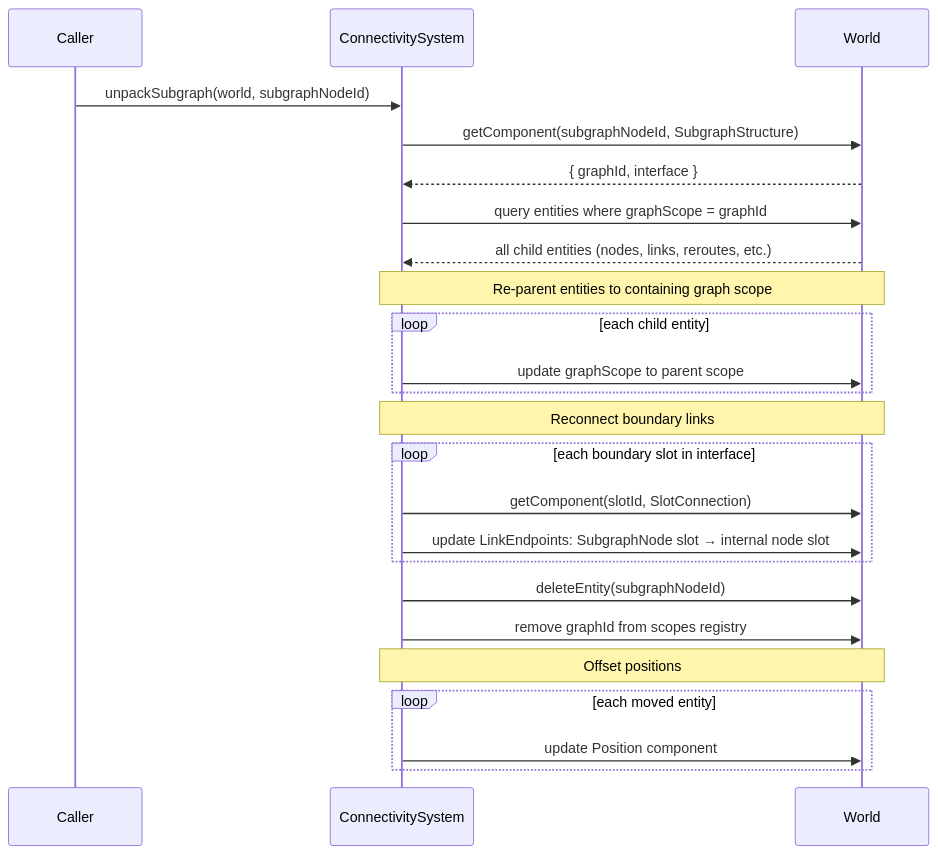
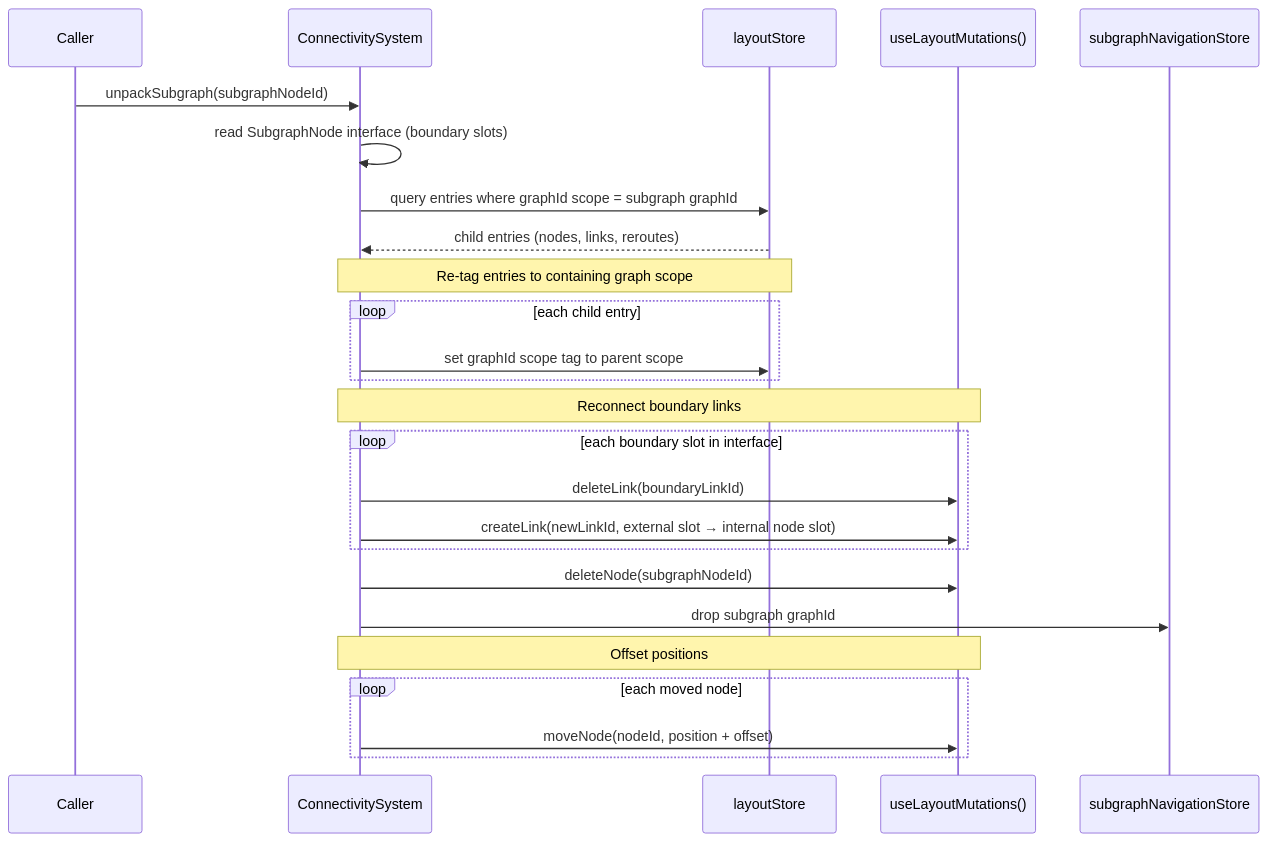
The tenth of 14 diagrams in ComfyUI_frontend/docs/architecture/ecs-lifecycle-scenarios.md (mg-org-4/sub-251027), drawn with Mermaid before and after one commit. The commit also changed other lines of this file and 518 other files, not shown here.

````diff
--- a/ComfyUI_frontend/docs/architecture/ecs-lifecycle-scenarios.md
+++ b/ComfyUI_frontend/docs/architecture/ecs-lifecycle-scenarios.md
@@ -495,36 +473,37 @@
 ```mermaid
 sequenceDiagram
     participant Caller
     participant CS as ConnectivitySystem
-    participant W as World
+    participant LS as layoutStore
+    participant LM as useLayoutMutations()
+    participant SNS as subgraphNavigationStore
 
-    Caller->>CS: unpackSubgraph(world, subgraphNodeId)
+    Caller->>CS: unpackSubgraph(subgraphNodeId)
 
-    CS->>W: getComponent(subgraphNodeId, SubgraphStructure)
-    W-->>CS: { graphId, interface }
+    CS->>CS: read SubgraphNode interface (boundary slots)
 
-    CS->>W: query entities where graphScope = graphId
-    W-->>CS: all child entities (nodes, links, reroutes, etc.)
+    CS->>LS: query entries where graphId scope = subgraph graphId
+    LS-->>CS: child entries (nodes, links, reroutes)
 
-    Note over CS,W: Re-parent entities to containing graph scope
+    Note over CS,LS: Re-tag entries to containing graph scope
 
-    loop each child entity
-        CS->>W: update graphScope to parent scope
+    loop each child entry
+        CS->>LS: set graphId scope tag to parent scope
     end
 
-    Note over CS,W: Reconnect boundary links
+    Note over CS,LM: Reconnect boundary links
 
     loop each boundary slot in interface
-        CS->>W: getComponent(slotId, SlotConnection)
-        CS->>W: update LinkEndpoints: SubgraphNode slot → internal node slot
+        CS->>LM: deleteLink(boundaryLinkId)
+        CS->>LM: createLink(newLinkId, external slot → internal node slot)
     end
 
-    CS->>W: deleteEntity(subgraphNodeId)
-    CS->>W: remove graphId from scopes registry
+    CS->>LM: deleteNode(subgraphNodeId)
+    CS->>SNS: drop subgraph graphId
 
-    Note over CS,W: Offset positions
+    Note over CS,LM: Offset positions
 
-    loop each moved entity
-        CS->>W: update Position component
+    loop each moved node
+        CS->>LM: moveNode(nodeId, position + offset)
     end
 ```
````
